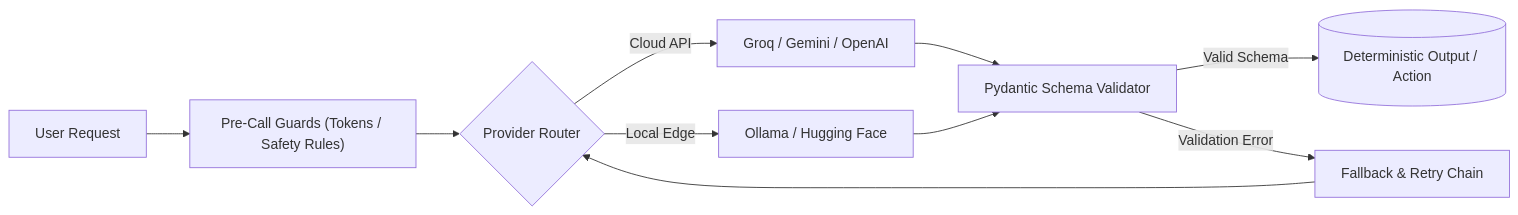
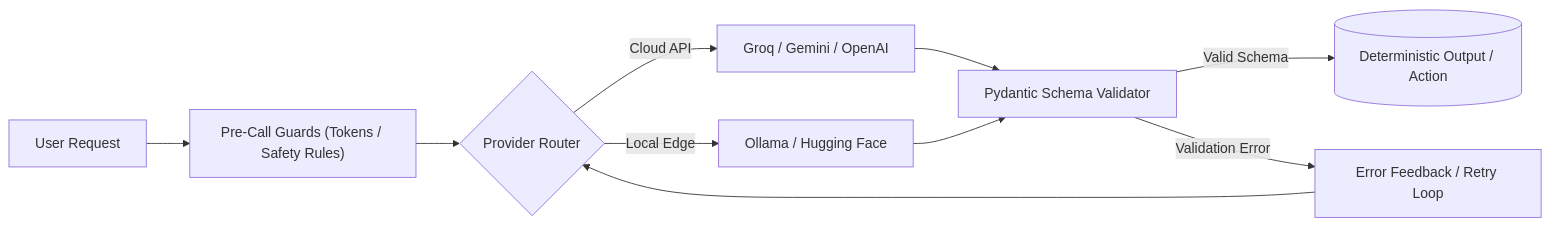
Before and after one commit to lowkey999-netizen/genai-course-work: the diagram in README.md, drawn with Mermaid. The commit also changed other lines of this file and 6 other files, not shown here.

First line of the commit message:
feat(module02): complete Session 15 reasoning architectures lab

````diff
--- a/README.md
+++ b/README.md
@@ -18,12 +18,12 @@
 ```mermaid
 flowchart LR
     A["User Request"] --> B["Pre-Call Guards (Tokens / Safety Rules)"]
     B --> C{"Provider Router"}
     C -->|"Cloud API"| D["Groq / Gemini / OpenAI"]
     C -->|"Local Edge"| E["Ollama / Hugging Face"]
     D --> F["Pydantic Schema Validator"]
     E --> F
     F -->|"Valid Schema"| G[("Deterministic Output / Action")]
-    F -->|"Validation Error"| H["Fallback & Retry Chain"]
+    F -->|"Validation Error"| H["Error Feedback / Retry Loop"]
     H --> C
 ```
````
